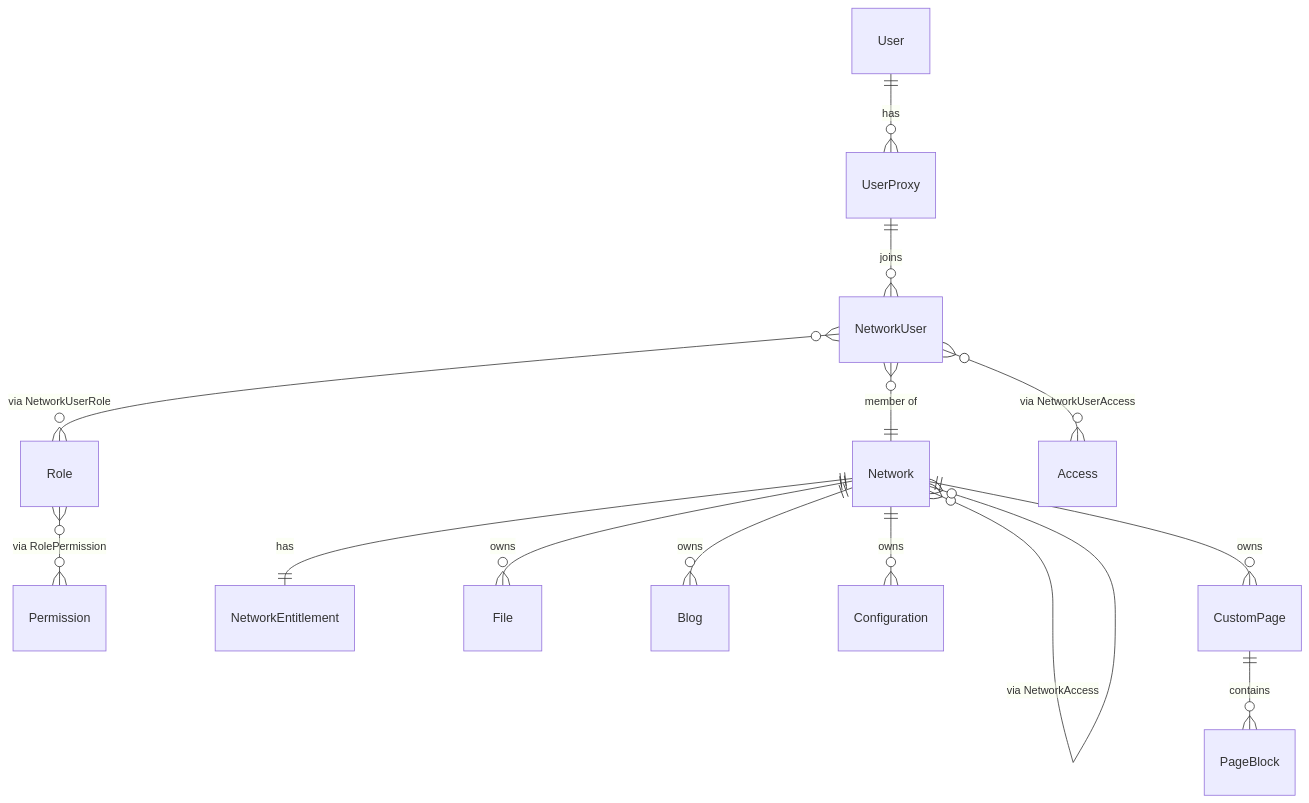
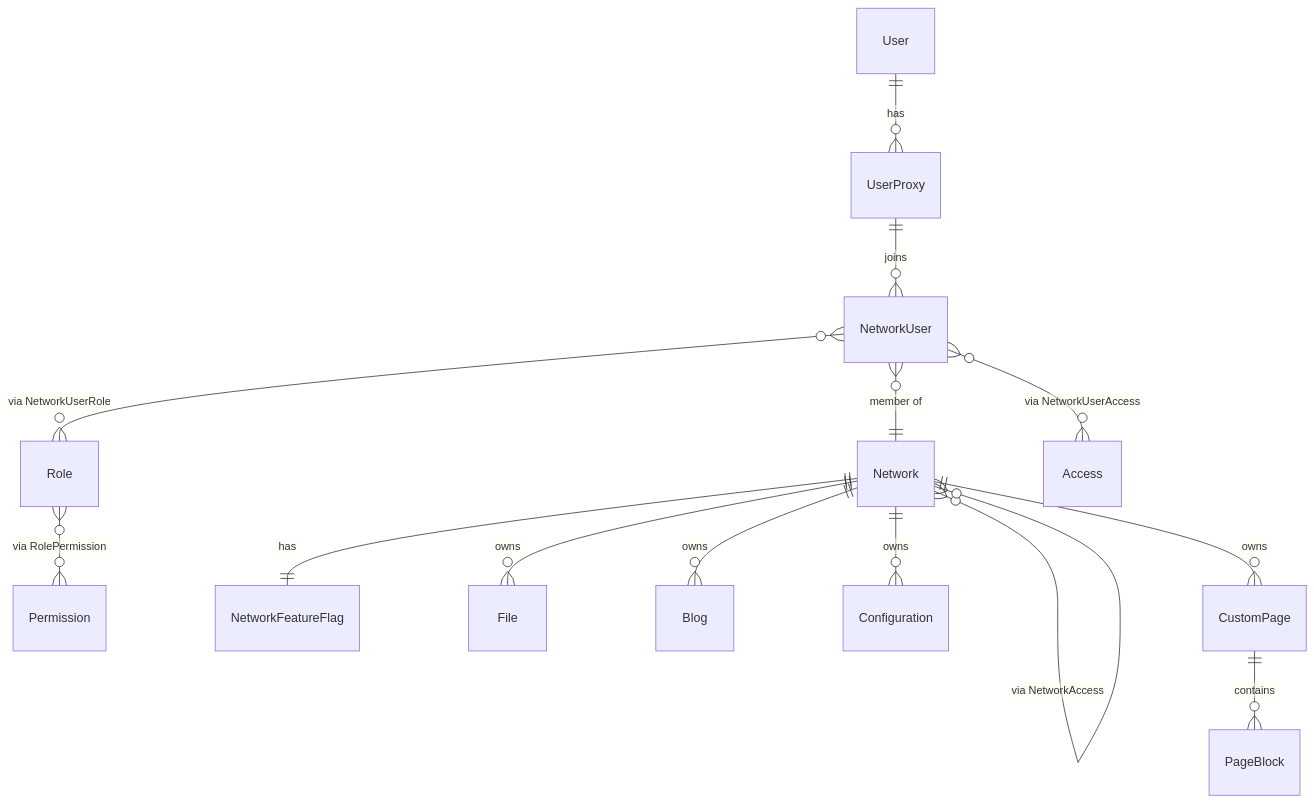
One commit to T-en-Var/ThirdPartyNetwork changed the diagram in DATABASE_AND_AUTH_OVERVIEW.md. Above: the diagram before and after it, drawn with Mermaid. The commit also changed other lines of this file and 51 other files, not shown here.

````diff
--- a/DATABASE_AND_AUTH_OVERVIEW.md
+++ b/DATABASE_AND_AUTH_OVERVIEW.md
@@ -30,16 +30,16 @@
 ```mermaid
 erDiagram
     User ||--o{ UserProxy : has
     UserProxy ||--o{ NetworkUser : joins
     NetworkUser }o--|| Network : "member of"
     NetworkUser }o--o{ Role : "via NetworkUserRole"
     Role }o--o{ Permission : "via RolePermission"
     NetworkUser }o--o{ Access : "via NetworkUserAccess"
     Network }o--o{ Network : "via NetworkAccess"
-    Network ||--|| NetworkEntitlement : has
+    Network ||--|| NetworkFeatureFlag : has
     Network ||--o{ File : owns
     Network ||--o{ Blog : owns
     Network ||--o{ Configuration : owns
     Network ||--o{ CustomPage : owns
     CustomPage ||--o{ PageBlock : contains
 ```
````
